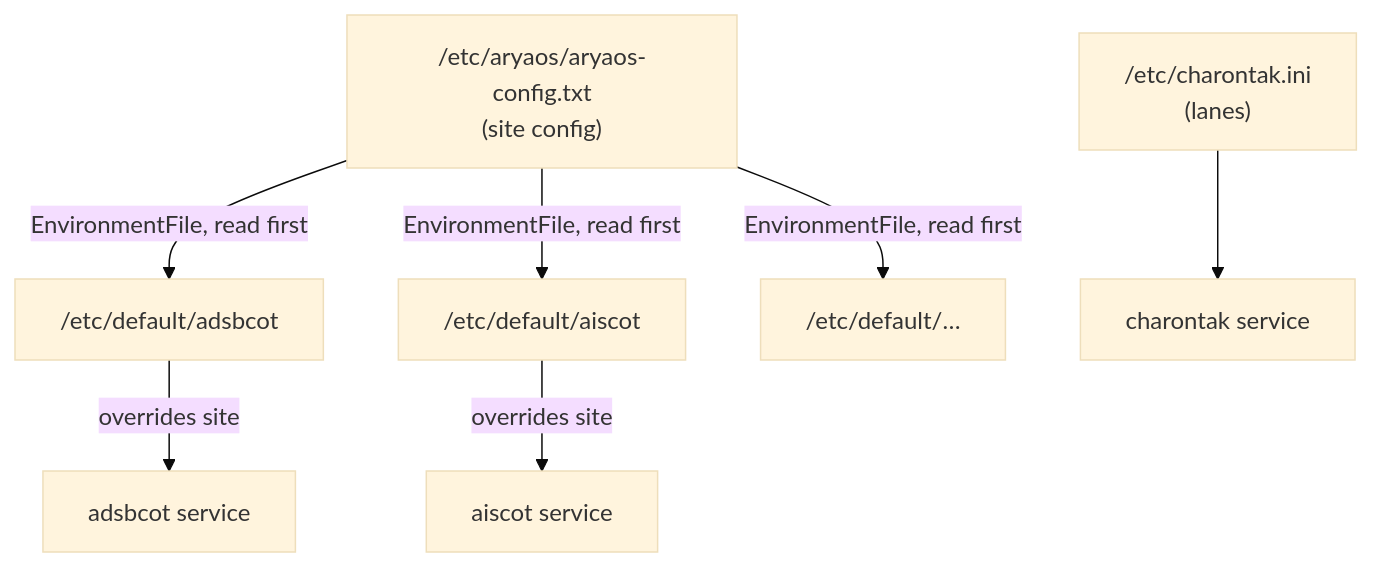
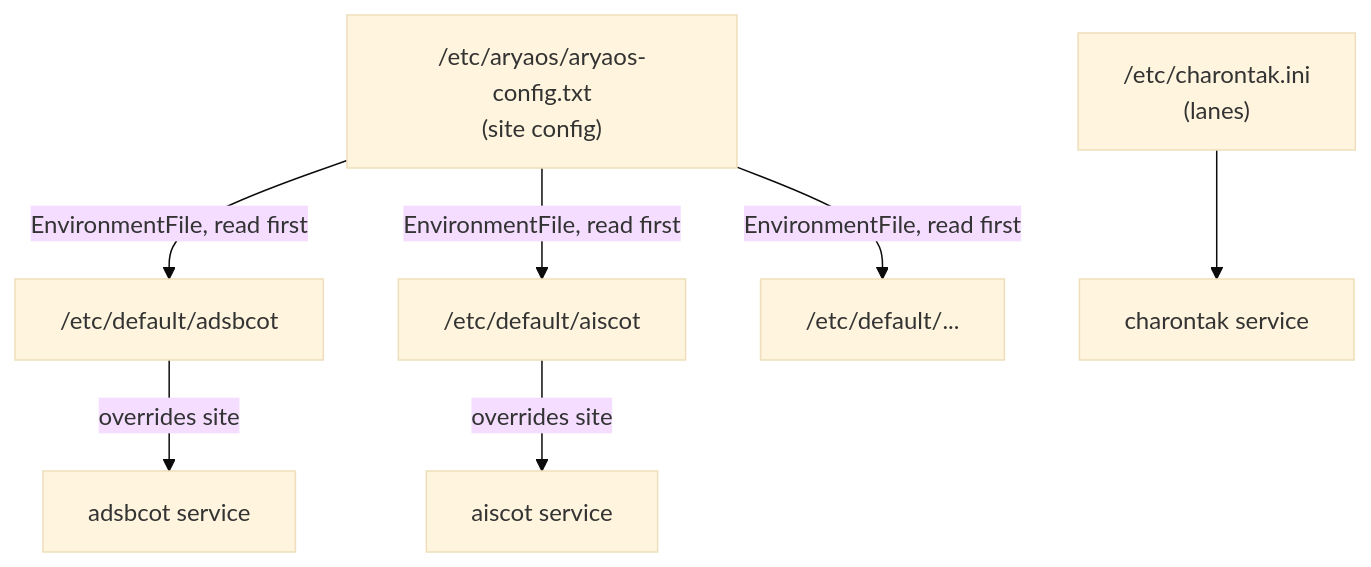
One commit to snstac/aryaos changed the diagram in docs/config/index.md. Above: the diagram before and after it, drawn with Mermaid (base theme). The commit also changed other lines of this file and 59 other files, not shown here.

````diff
--- a/docs/config/index.md
+++ b/docs/config/index.md
@@ -7,14 +7,14 @@
 ```mermaid
 flowchart TD
   site["/etc/aryaos/aryaos-config.txt<br/>(site config)"]
   svc1["/etc/default/adsbcot"]
   svc2["/etc/default/aiscot"]
-  svc3["/etc/default/…"]
+  svc3["/etc/default/..."]
   ct["/etc/charontak.ini<br/>(lanes)"]
   site -->|EnvironmentFile, read first| svc1
   site -->|EnvironmentFile, read first| svc2
   site -->|EnvironmentFile, read first| svc3
   svc1 -->|overrides site| gw1[adsbcot service]
   svc2 -->|overrides site| gw2[aiscot service]
   ct --> charontak[charontak service]
 ```
````
